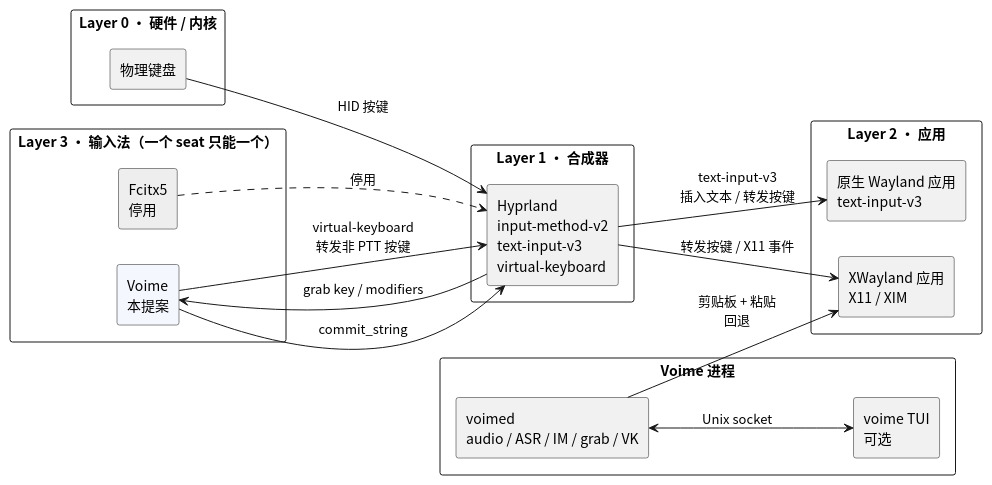
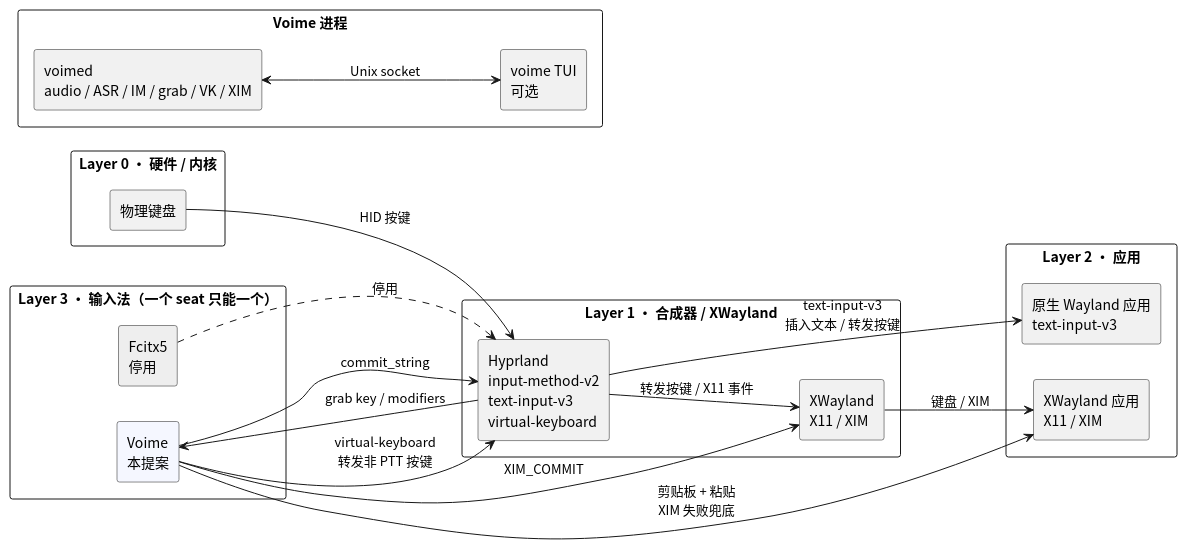
The diagram in diagram/proposal-layers.puml (54m43lJ/voime), drawn with PlantUML before and after one commit. The commit also changed 31 other files, not shown here.

Commit message:
docs: XWayland 改走 XIM，剪贴板仅作兜底

```diff
--- a/diagram/proposal-layers.puml
+++ b/diagram/proposal-layers.puml
@@ -1,39 +1,42 @@
 @startuml
 skinparam defaultFontName "Noto Sans CJK SC"
 skinparam shadowing false
 skinparam componentStyle rectangle
 left to right direction
 
 rectangle "Layer 0 · 硬件 / 内核" {
   component "物理键盘" as Keyboard
 }
 
-rectangle "Layer 1 · 合成器" {
+rectangle "Layer 1 · 合成器 / XWayland" {
   component "Hyprland\ninput-method-v2\ntext-input-v3\nvirtual-keyboard" as Hyprland
+  component "XWayland\nX11 / XIM" as Xwayland
 }
 
 rectangle "Layer 2 · 应用" {
   component "原生 Wayland 应用\ntext-input-v3" as WaylandApp
   component "XWayland 应用\nX11 / XIM" as XApp
 }
 
 rectangle "Layer 3 · 输入法（一个 seat 只能一个）" {
   component "Fcitx5\n停用" as Fcitx #EEEEEE
   component "Voime\n本提案" as Voime #F5F7FF
 }
 
 rectangle "Voime 进程" {
-  component "voimed\naudio / ASR / IM / grab / VK" as Daemon
+  component "voimed\naudio / ASR / IM / grab / VK / XIM" as Daemon
   component "voime TUI\n可选" as Tui
 }
 
 Keyboard --> Hyprland : HID 按键
 Hyprland --> Voime : grab key / modifiers
 Voime --> Hyprland : virtual-keyboard\n转发非 PTT 按键
 Voime --> Hyprland : commit_string
 Hyprland --> WaylandApp : text-input-v3\n插入文本 / 转发按键
-Hyprland --> XApp : 转发按键 / X11 事件
-Daemon --> XApp : 剪贴板 + 粘贴\n回退
+Hyprland --> Xwayland : 转发按键 / X11 事件
+Xwayland --> XApp : 键盘 / XIM
+Voime --> Xwayland : XIM_COMMIT
+Voime --> XApp : 剪贴板 + 粘贴\nXIM 失败兜底
 Daemon <--> Tui : Unix socket
 Fcitx ..> Hyprland : 停用
 @enduml
```
